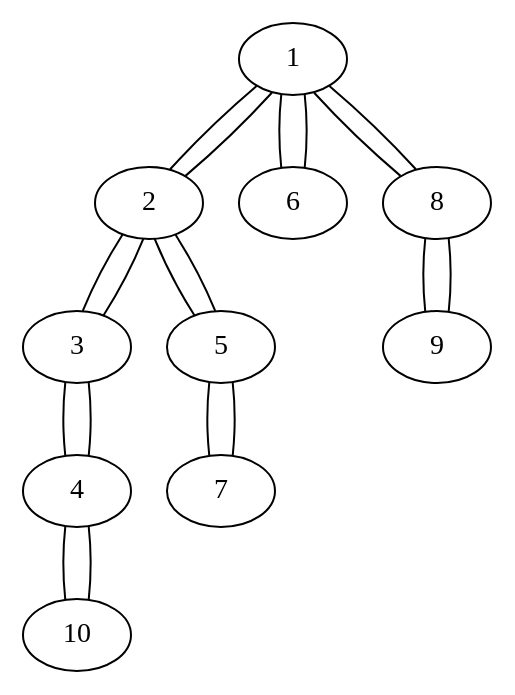
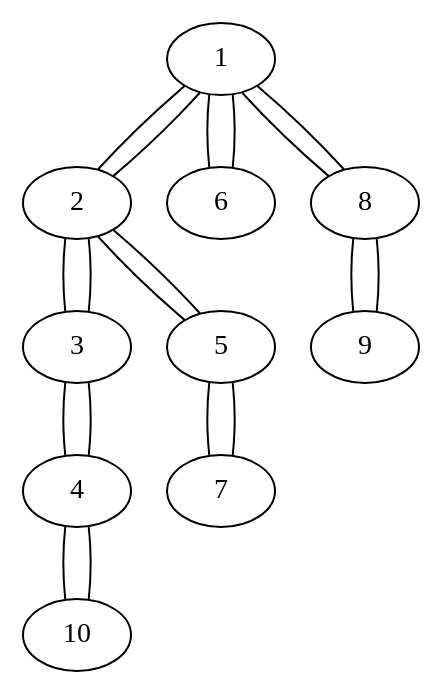
One commit to adam-elbernoussi/ENSAE-S2-IT-project changed the diagram in graph_viz_output/Graph.gv. Above: the diagram before and after it, drawn with Graphviz. The commit also changed 2 other files, not shown here.

Commit message:
work in progress graph visu

```diff
--- a/graph_viz_output/Graph.gv
+++ b/graph_viz_output/Graph.gv
@@ -1,31 +1,31 @@
 // Graph visualisation
 graph "Graph" {
-	1 [label=1]
-	2 [label=2]
-	3 [label=3]
-	4 [label=4]
-	5 [label=5]
-	6 [label=6]
-	7 [label=7]
-	8 [label=8]
-	9 [label=9]
-	10 [label=10]
-	1 -- 2 [constraint=True]
-	1 -- 6 [constraint=True]
-	1 -- 8 [constraint=True]
-	2 -- 1 [constraint=True]
-	2 -- 3 [constraint=True]
-	2 -- 5 [constraint=True]
-	3 -- 2 [constraint=True]
-	3 -- 4 [constraint=True]
-	4 -- 3 [constraint=True]
-	4 -- 10 [constraint=True]
-	5 -- 2 [constraint=True]
-	5 -- 7 [constraint=True]
-	6 -- 1 [constraint=True]
-	7 -- 5 [constraint=True]
-	8 -- 1 [constraint=True]
-	8 -- 9 [constraint=True]
-	9 -- 8 [constraint=True]
-	10 -- 4 [constraint=True]
+	1
+	2
+	3
+	4
+	5
+	6
+	7
+	8
+	9
+	10
+	1 -- 2 [constraint=True weight=11]
+	1 -- 6 [constraint=True weight=12]
+	1 -- 8 [constraint=True weight=0]
+	2 -- 1 [constraint=True weight=11]
+	2 -- 3 [constraint=True weight=10]
+	2 -- 5 [constraint=True weight=4]
+	3 -- 2 [constraint=True weight=10]
+	3 -- 4 [constraint=True weight=4]
+	4 -- 3 [constraint=True weight=4]
+	4 -- 10 [constraint=True weight=4]
+	5 -- 2 [constraint=True weight=4]
+	5 -- 7 [constraint=True weight=14]
+	6 -- 1 [constraint=True weight=12]
+	7 -- 5 [constraint=True weight=14]
+	8 -- 1 [constraint=True weight=0]
+	8 -- 9 [constraint=True weight=14]
+	9 -- 8 [constraint=True weight=14]
+	10 -- 4 [constraint=True weight=4]
 }
```
